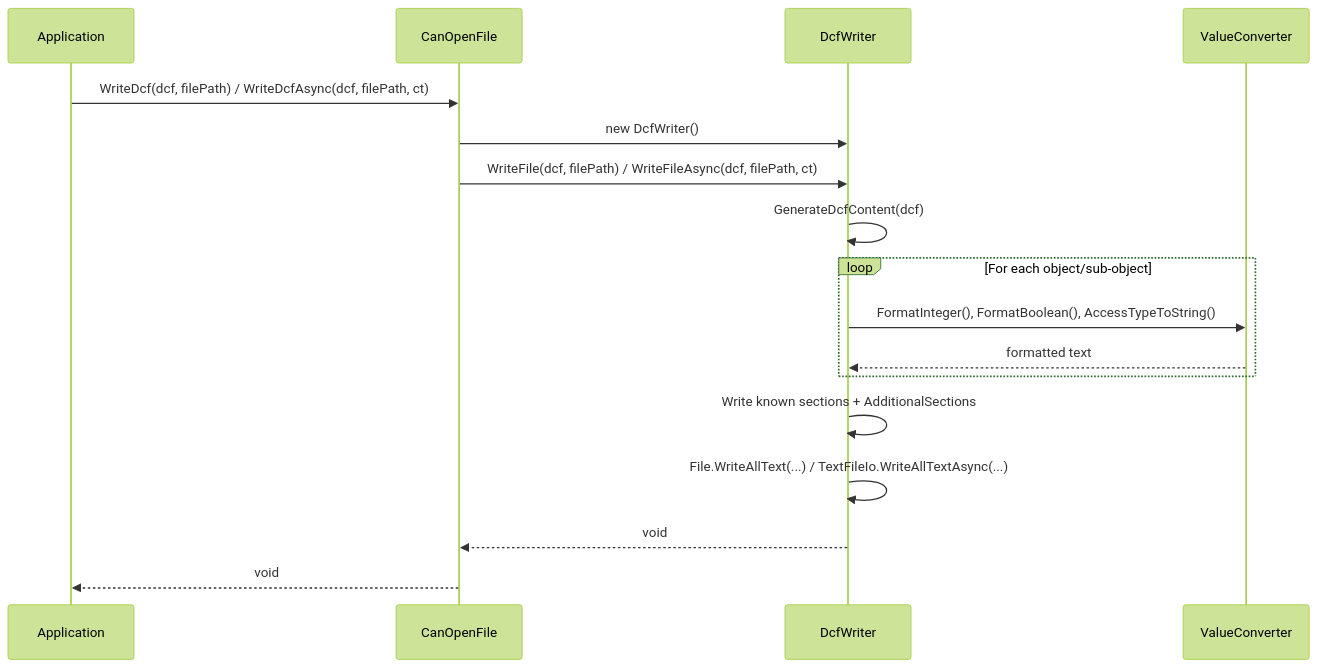
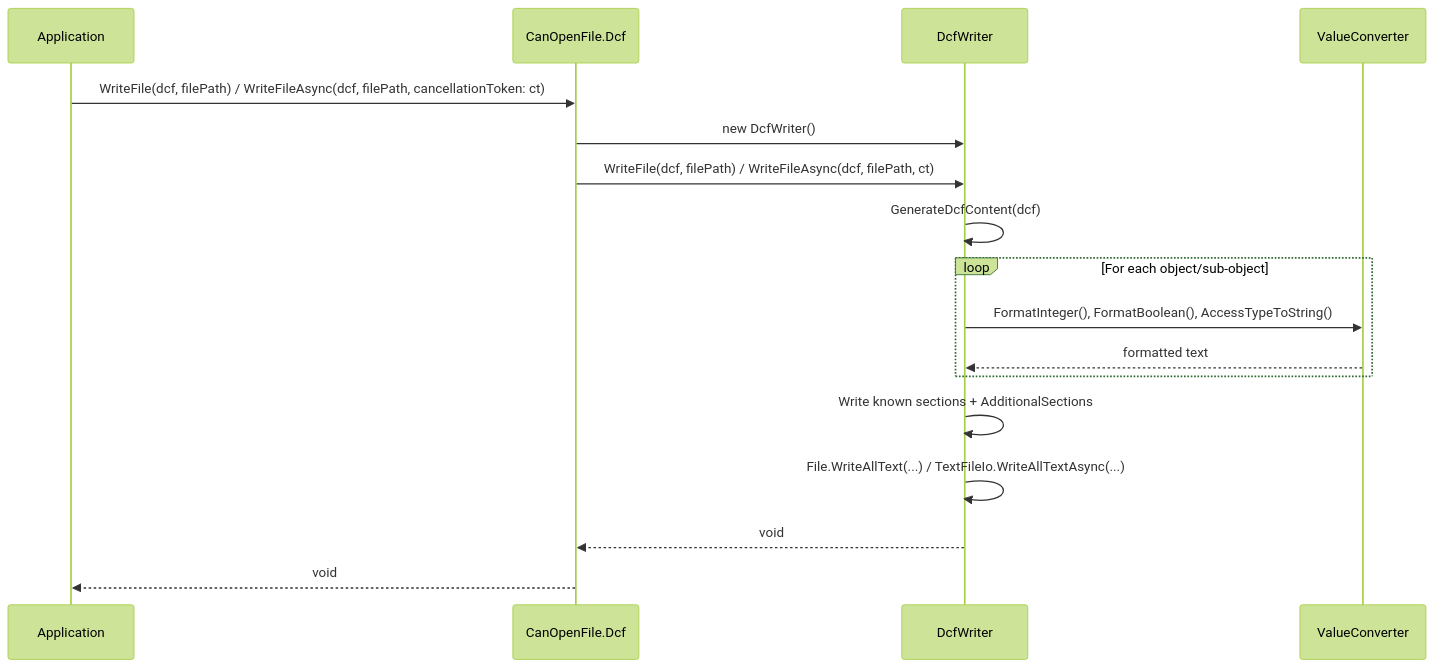
Before and after one commit to dborgards/eds-dcf-net: the fifth of 9 diagrams in docs/architecture/06-runtime-view.md, drawn with Mermaid (forest theme). The commit also changed other lines of this file and 7 other files, not shown here.

First line of the commit message:
docs: align architecture docs, remarks, examples, README with 1.13 surface (#547) (#552)

````diff
--- a/docs/architecture/06-runtime-view.md
+++ b/docs/architecture/06-runtime-view.md
@@ -78,22 +116,22 @@
 ```mermaid
 sequenceDiagram
     participant App as Application
-    participant CF as CanOpenFile
+    participant CF as CanOpenFile.Dcf
     participant DW as DcfWriter
     participant VC as ValueConverter
 
-    App->>CF: WriteDcf(dcf, filePath) / WriteDcfAsync(dcf, filePath, ct)
+    App->>CF: WriteFile(dcf, filePath) / WriteFileAsync(dcf, filePath, cancellationToken: ct)
     CF->>DW: new DcfWriter()
     CF->>DW: WriteFile(dcf, filePath) / WriteFileAsync(dcf, filePath, ct)
     DW->>DW: GenerateDcfContent(dcf)
 
     loop For each object/sub-object
         DW->>VC: FormatInteger(), FormatBoolean(), AccessTypeToString()
         VC-->>DW: formatted text
     end
 
     DW->>DW: Write known sections + AdditionalSections
     DW->>DW: File.WriteAllText(...) / TextFileIo.WriteAllTextAsync(...)
     DW-->>CF: void
     CF-->>App: void
 ```
````
